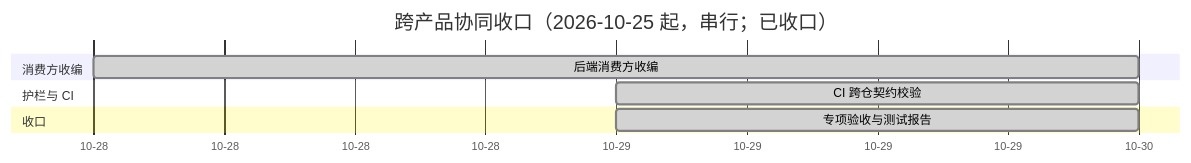
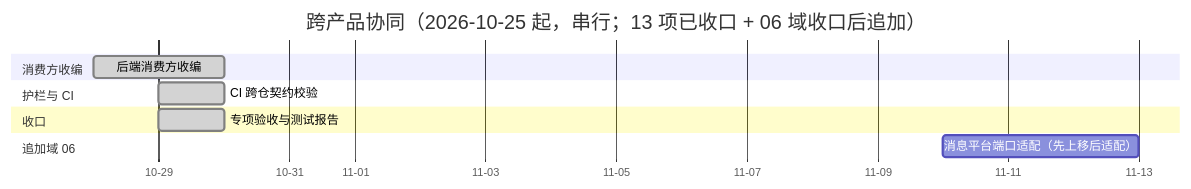
Before and after one commit to minjian123/basic-management-system: the diagram in bms文档/项目/07B_跨产品协同/计划/01_计划_跨产品协同.md, drawn with Mermaid. The commit also changed other lines of this file and 9 other files, not shown here.

````diff
--- a/bms文档/项目/07B_跨产品协同/计划/01_计划_跨产品协同.md
+++ b/bms文档/项目/07B_跨产品协同/计划/01_计划_跨产品协同.md
@@ -42,12 +45,14 @@
 ```mermaid
 gantt
-    title 跨产品协同收口（2026-10-25 起，串行；已收口）
+    title 跨产品协同（2026-10-25 起，串行；13 项已收口 + 06 域收口后追加）
     dateFormat  YYYY-MM-DD
     axisFormat %m-%d
     section 消费方收编
     后端消费方收编 :done, 2026-10-28, 2d
     section 护栏与 CI
     CI 跨仓契约校验 :done, 2026-10-29, 1d
     section 收口
     专项验收与测试报告 :done, 2026-10-29, 1d
+    section 追加域 06
+    消息平台端口适配（先上移后适配） :t0601, 2026-11-10, 3d
 ```
````
